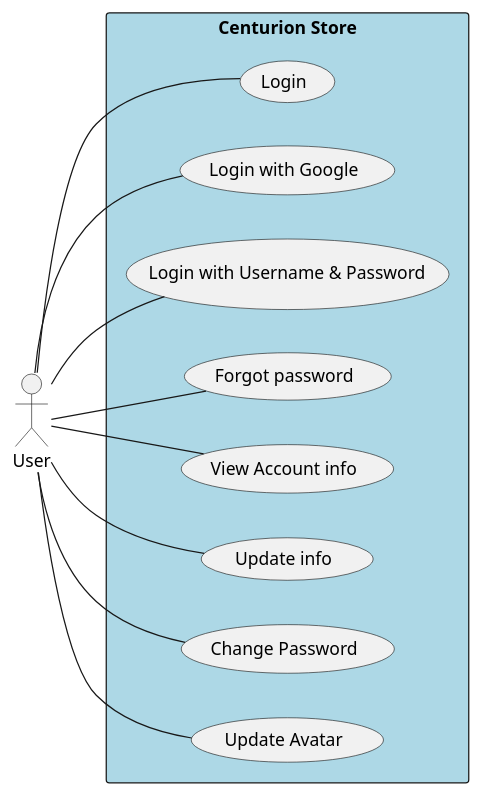
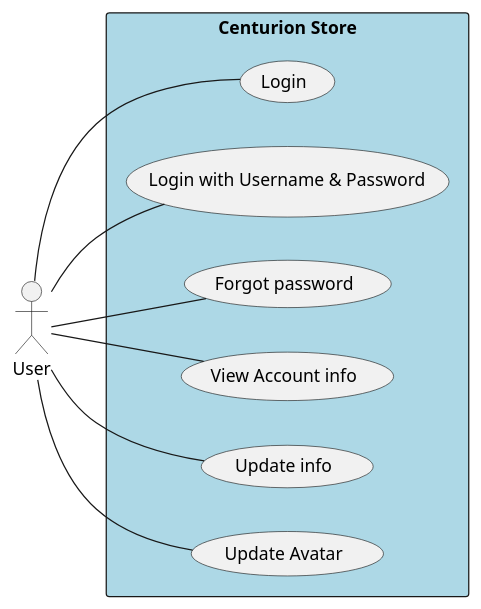
The eighth of 11 diagrams in reports/diagrams.md (PhanNTSon/prm_project), drawn with PlantUML before and after one commit. The commit also changed other lines of this file and 4 other files, not shown here.

Commit message:
[Add][Modify] add new readme file to clearify functions and adjust diagrams and others informations.

````diff
--- a/reports/diagrams.md
+++ b/reports/diagrams.md
@@ -306,27 +309,23 @@
 ```plantuml
 @startuml
 left to right direction
 skinparam packageStyle rectangle
 actor User
 
 rectangle "Centurion Store" #LightBlue {
   usecase "Login" as UC1
-  usecase "Login with Google" as UC2
   usecase "Login with Username & Password" as UC3
   usecase "Forgot password" as UC4
   usecase "View Account info" as UC5
   usecase "Update info" as UC6
-  usecase "Change Password" as UC7
   usecase "Update Avatar" as UC8
 }
 
 User -- UC1
-User -- UC2
 User -- UC3
 User -- UC4
 User -- UC5
 User -- UC6
-User -- UC7
 User -- UC8
 @enduml
 ```
````
